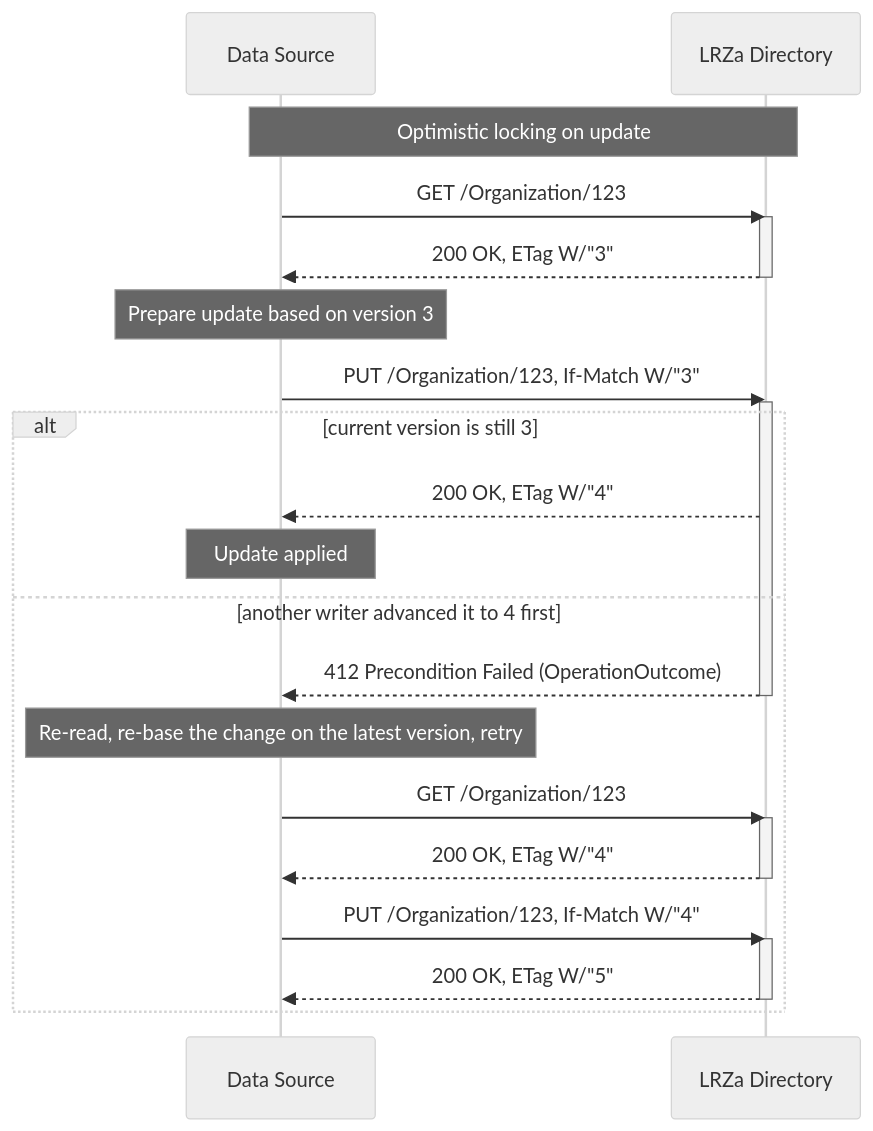
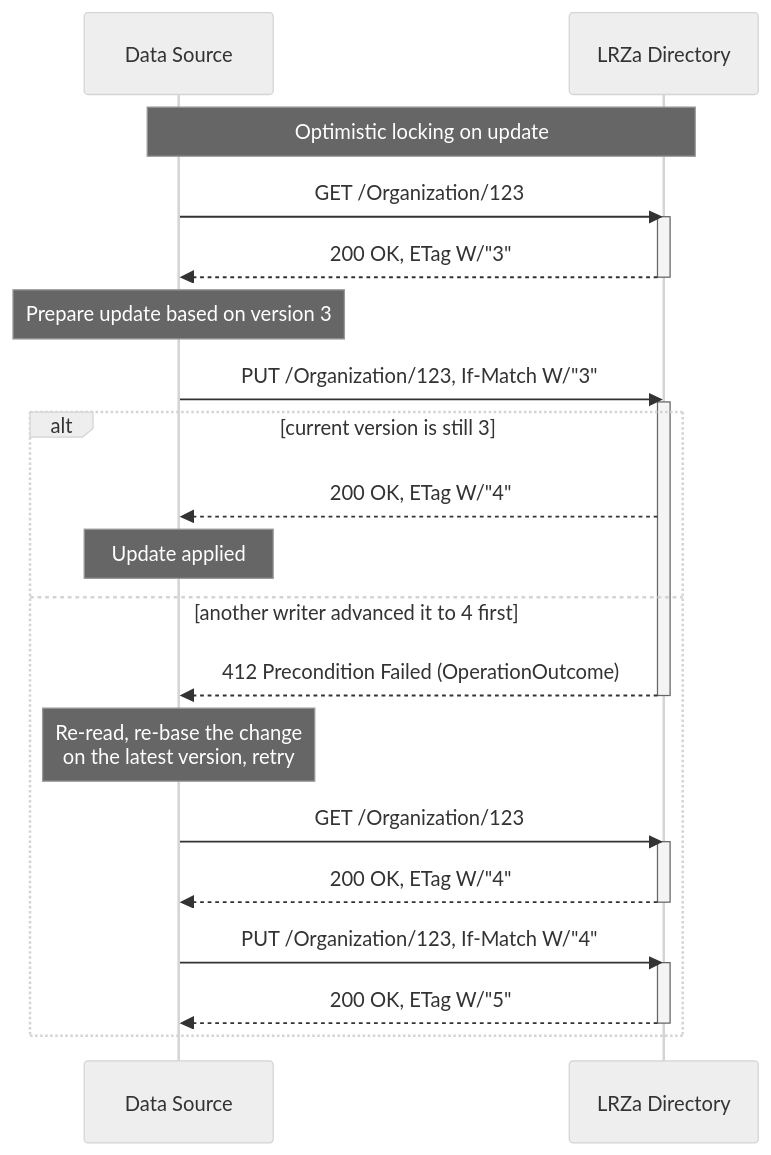
One commit to minvws/generiekefuncties-docs changed the fifth of 8 diagrams in input/pagecontent/care-services.md. Above: the diagram before and after it, drawn with Mermaid (neutral theme). The commit also changed other lines of this file and 2 other files, not shown here.

Commit message:
fix mermaid scaling

````diff
--- a/input/pagecontent/care-services.md
+++ b/input/pagecontent/care-services.md
@@ -424,30 +424,30 @@
 ```mermaid
 sequenceDiagram
     participant DS as Data Source
     participant LRZa as LRZa Directory
 
     Note over DS,LRZa: Optimistic locking on update
     DS->>LRZa: GET /Organization/123
     activate LRZa
     LRZa-->>DS: 200 OK, ETag W/"3"
     deactivate LRZa
     Note over DS: Prepare update based on version 3
     DS->>LRZa: PUT /Organization/123, If-Match W/"3"
     activate LRZa
     alt current version is still 3
         LRZa-->>DS: 200 OK, ETag W/"4"
         Note over DS: Update applied
     else another writer advanced it to 4 first
         LRZa-->>DS: 412 Precondition Failed (OperationOutcome)
         deactivate LRZa
-        Note over DS: Re-read, re-base the change on the latest version, retry
+        Note over DS: Re-read, re-base the change<br/>on the latest version, retry
         DS->>LRZa: GET /Organization/123
         activate LRZa
         LRZa-->>DS: 200 OK, ETag W/"4"
         deactivate LRZa
         DS->>LRZa: PUT /Organization/123, If-Match W/"4"
         activate LRZa
         LRZa-->>DS: 200 OK, ETag W/"5"
         deactivate LRZa
     end
 ```
````
